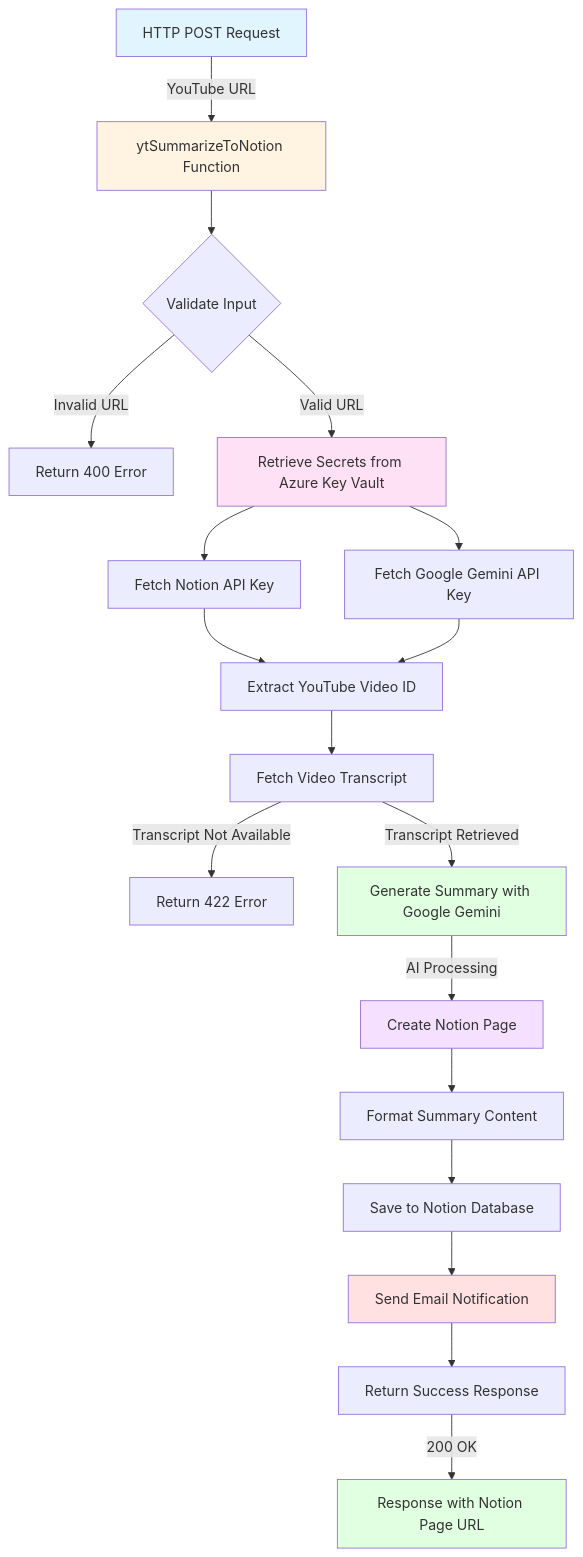
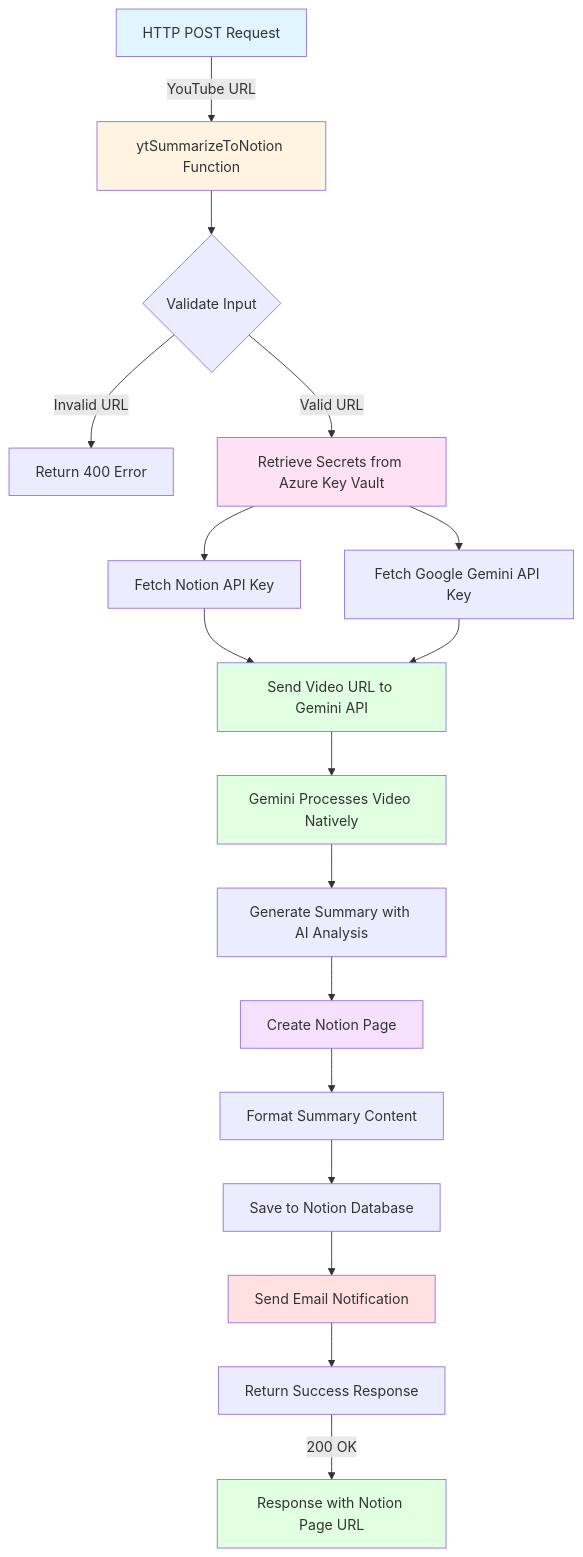
One commit to rpabonnie/ytVideoSummarizeAzureFunctions changed the diagram in README.md. Above: the diagram before and after it, drawn with Mermaid. The commit also changed other lines of this file, not shown here.

Commit message:
Solved issues arraised on the PR review process.

````diff
--- a/README.md
+++ b/README.md
@@ -21,28 +21,28 @@
 ```mermaid
 graph TD
     A[HTTP POST Request] -->|YouTube URL| B[ytSummarizeToNotion Function]
     B --> C{Validate Input}
     C -->|Invalid URL| D[Return 400 Error]
     C -->|Valid URL| E[Retrieve Secrets from Azure Key Vault]
     E --> F[Fetch Notion API Key]
     E --> G[Fetch Google Gemini API Key]
-    F --> H[Extract YouTube Video ID]
+    F --> H[Send Video URL to Gemini API]
     G --> H
-    H --> I[Fetch Video Transcript]
-    I -->|Transcript Not Available| J[Return 422 Error]
-    I -->|Transcript Retrieved| K[Generate Summary with Google Gemini]
-    K -->|AI Processing| L[Create Notion Page]
-    L --> M[Format Summary Content]
-    M --> N[Save to Notion Database]
-    N --> O[Send Email Notification]
-    O --> P[Return Success Response]
-    P -->|200 OK| Q[Response with Notion Page URL]
+    H --> I[Gemini Processes Video Natively]
+    I --> J[Generate Summary with AI Analysis]
+    J --> K[Create Notion Page]
+    K --> L[Format Summary Content]
+    L --> M[Save to Notion Database]
+    M --> N[Send Email Notification]
+    N --> O[Return Success Response]
+    O -->|200 OK| P[Response with Notion Page URL]
     
     style A fill:#e1f5ff
     style B fill:#fff4e1
     style E fill:#ffe1f5
-    style K fill:#e1ffe1
-    style L fill:#f5e1ff
-    style O fill:#ffe1e1
-    style Q fill:#e1ffe1
+    style H fill:#e1ffe1
+    style I fill:#e1ffe1
+    style K fill:#f5e1ff
+    style N fill:#ffe1e1
+    style P fill:#e1ffe1
 ```
````
